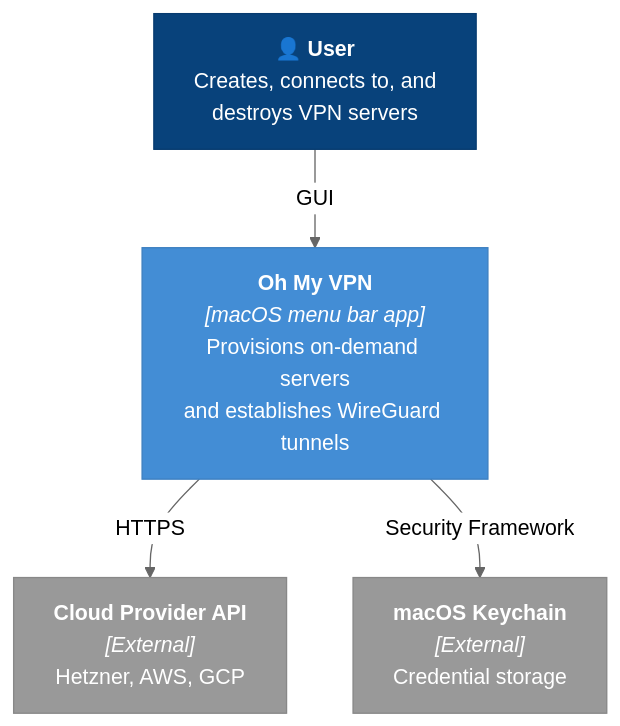
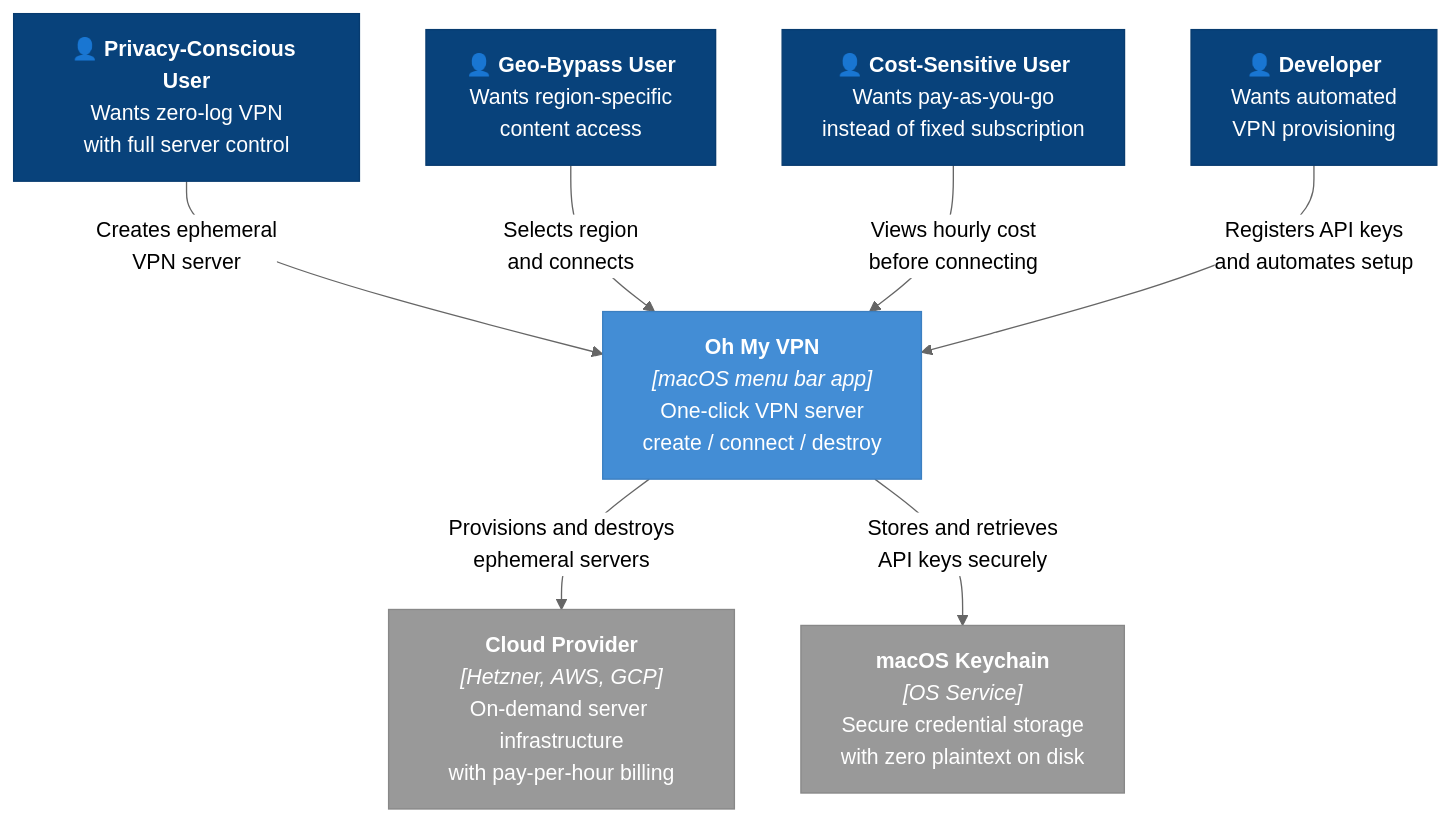
The diagram in docs/architecture/context.md (saemanas/oh-my-vpn), drawn with Mermaid (neutral theme) before and after one commit. The commit also changed other lines of this file, not shown here.

````diff
--- a/docs/architecture/context.md
+++ b/docs/architecture/context.md
@@ -11,19 +11,28 @@
 ```mermaid
 flowchart TD
-    user["👤 <b>User</b><br/>Creates, connects to, and<br/>destroys VPN servers"]
-    ohMyVpn["<b>Oh My VPN</b><br/><i>[macOS menu bar app]</i><br/>Provisions on-demand servers<br/>and establishes WireGuard tunnels"]
-    cloudApi["<b>Cloud Provider API</b><br/><i>[External]</i><br/>Hetzner, AWS, GCP"]
-    keychain["<b>macOS Keychain</b><br/><i>[External]</i><br/>Credential storage"]
+    privacy["👤 <b>Privacy-Conscious User</b><br/>Wants zero-log VPN<br/>with full server control"]
+    geo["👤 <b>Geo-Bypass User</b><br/>Wants region-specific<br/>content access"]
+    cost["👤 <b>Cost-Sensitive User</b><br/>Wants pay-as-you-go<br/>instead of fixed subscription"]
+    dev["👤 <b>Developer</b><br/>Wants automated<br/>VPN provisioning"]
 
-    user -->|"GUI"| ohMyVpn
-    ohMyVpn -->|"HTTPS"| cloudApi
-    ohMyVpn -->|"Security Framework"| keychain
+    ohMyVpn["<b>Oh My VPN</b><br/><i>[macOS menu bar app]</i><br/>One-click VPN server<br/>create / connect / destroy"]
 
+    cloudApi["<b>Cloud Provider</b><br/><i>[Hetzner, AWS, GCP]</i><br/>On-demand server infrastructure<br/>with pay-per-hour billing"]
+    keychain["<b>macOS Keychain</b><br/><i>[OS Service]</i><br/>Secure credential storage<br/>with zero plaintext on disk"]
+
+    privacy -->|"Creates ephemeral<br/>VPN server"| ohMyVpn
+    geo -->|"Selects region<br/>and connects"| ohMyVpn
+    cost -->|"Views hourly cost<br/>before connecting"| ohMyVpn
+    dev -->|"Registers API keys<br/>and automates setup"| ohMyVpn
+
+    ohMyVpn -->|"Provisions and destroys<br/>ephemeral servers"| cloudApi
+    ohMyVpn -->|"Stores and retrieves<br/>API keys securely"| keychain
+
+    classDef person fill:#08427b,stroke:#073b6f,color:#fff
     classDef system fill:#438dd5,stroke:#3c7fc0,color:#fff
-    classDef person fill:#08427b,stroke:#073b6f,color:#fff
     classDef external fill:#999,stroke:#888,color:#fff
 
-    class user person
+    class privacy,geo,cost,dev person
     class ohMyVpn system
     class cloudApi,keychain external
 ```
````
